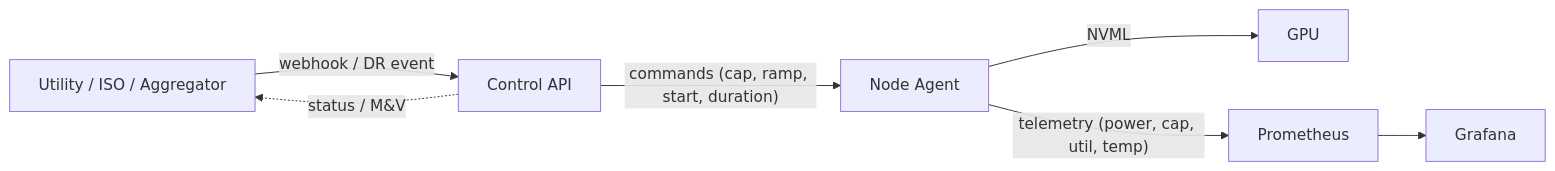
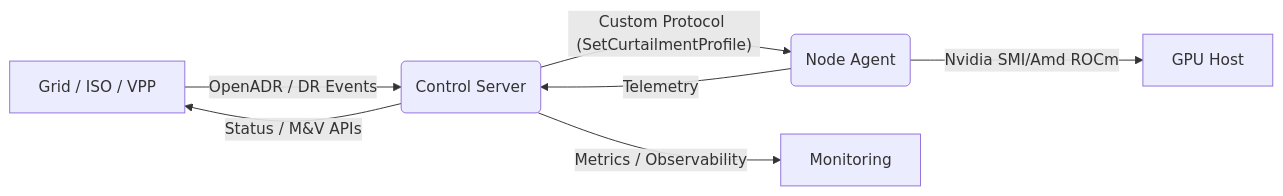
The diagram in README.md (yashp5/gpu-dr-protocol), drawn with Mermaid before and after one commit. The commit also changed other lines of this file, not shown here.

````diff
--- a/README.md
+++ b/README.md
@@ -80,18 +120,10 @@
 ```mermaid
 graph LR
-  A[Utility / ISO / Aggregator]
-  B[Control API]
-  C[Node Agent]
-  D[GPU]
-  E[Prometheus]
-  F[Grafana]
-
-  A -- "webhook / DR event" --> B
-  B -. "status / M&V" .-> A
-
-  B -- "commands (cap, ramp, start, duration)" --> C
-  C -- "NVML" --> D
-
-  C -- "telemetry (power, cap, util, temp)" --> E
-  E --> F
+  A[Grid / ISO / VPP]
+  A -- OpenADR / DR Events --> B(Control Server)
+  B -- Custom Protocol (SetCurtailmentProfile) --> C(Node Agent)
+  C -- Nvidia SMI/Amd ROCm --> D[GPU Host]
+  C -- Telemetry --> B
+  B -- Status / M&V APIs --> A
+  B -- Metrics / Observability --> E[Monitoring]
 ```
````
